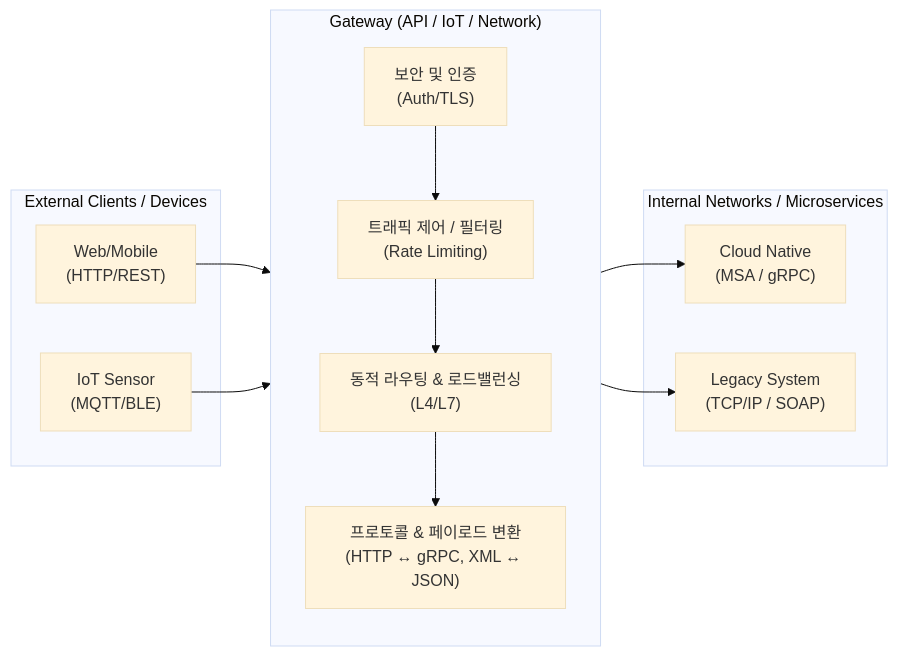
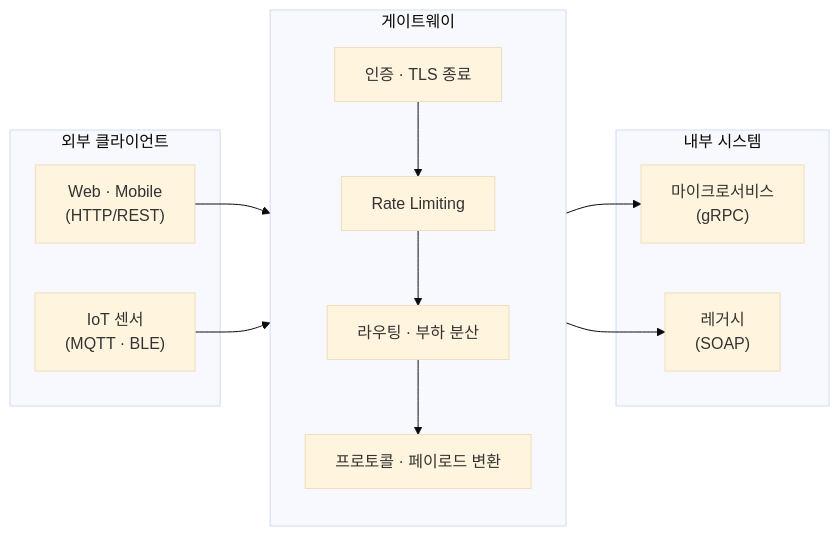
The diagram in content/01_IT Tech/게이트웨이.md (supremethumb/supremethumb.github.io), drawn with Mermaid (base theme) before and after one commit. The commit also changed other lines of this file and 1087 other files, not shown here.

````diff
--- a/content/01_IT Tech/게이트웨이.md
+++ b/content/01_IT Tech/게이트웨이.md
@@ -18,24 +35,19 @@
 ```mermaid
 flowchart LR
-    subgraph Clients["External Clients / Devices"]
-        Web["Web/Mobile<br/>(HTTP/REST)"]
-        IoT["IoT Sensor<br/>(MQTT/BLE)"]
+    subgraph C["외부 클라이언트"]
+        Web["Web · Mobile<br/>(HTTP/REST)"]
+        IoT["IoT 센서<br/>(MQTT · BLE)"]
     end
-    subgraph Gateway_Node["Gateway (API / IoT / Network)"]
+    subgraph G["게이트웨이"]
         direction TB
-        Auth["보안 및 인증<br/>(Auth/TLS)"]
-        Routing["동적 라우팅 & 로드밸런싱<br/>(L4/L7)"]
-        Translation["프로토콜 & 페이로드 변환<br/>(HTTP ↔ gRPC, XML ↔ JSON)"]
-        Filter["트래픽 제어 / 필터링<br/>(Rate Limiting)"]
-        
-        Auth --> Filter --> Routing --> Translation
+        Auth["인증 · TLS 종료"] --> Filter["Rate Limiting"] --> Route["라우팅 · 부하 분산"] --> Trans["프로토콜 · 페이로드 변환"]
     end
-    subgraph Backend["Internal Networks / Microservices"]
-        MSA["Cloud Native<br/>(MSA / gRPC)"]
-        Legacy["Legacy System<br/>(TCP/IP / SOAP)"]
+    subgraph B["내부 시스템"]
+        MSA["마이크로서비스<br/>(gRPC)"]
+        Legacy["레거시<br/>(SOAP)"]
     end
-    Web --> Gateway_Node
-    IoT --> Gateway_Node
-    Gateway_Node --> MSA
-    Gateway_Node --> Legacy
+    Web --> Auth
+    IoT --> Auth
+    Trans --> MSA
+    Trans --> Legacy
 ```
````
